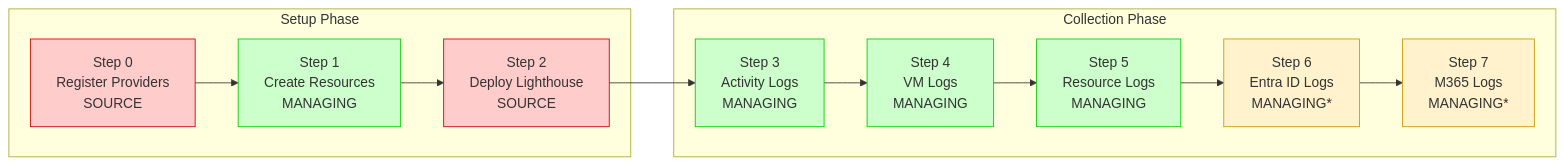
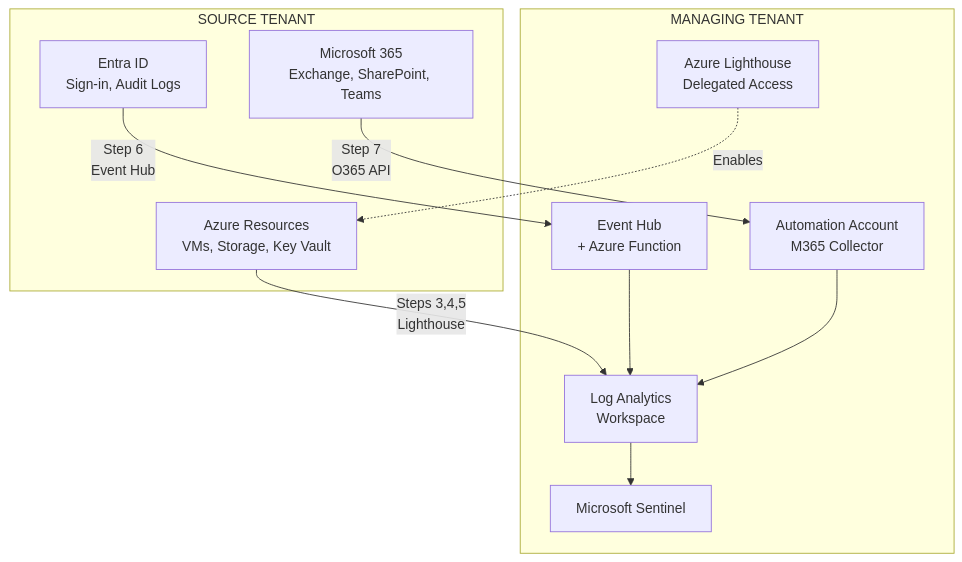
One commit to H3D-AstroA1/azure-cross-tenant-log-collection-guide changed the diagram in architecture-diagram.md. Above: the diagram before and after it, drawn with Mermaid. The commit also changed other lines of this file, not shown here.

Commit message:
Update architecture diagram with ASCII art for universal compatibility

````diff
--- a/architecture-diagram.md
+++ b/architecture-diagram.md
@@ -194,26 +258,24 @@
 ```mermaid
-flowchart LR
-    subgraph Setup["Setup Phase"]
-        S0["Step 0<br/>Register Providers<br/>SOURCE"]
-        S1["Step 1<br/>Create Resources<br/>MANAGING"]
-        S2["Step 2<br/>Deploy Lighthouse<br/>SOURCE"]
+flowchart TB
+    subgraph SOURCE["SOURCE TENANT"]
+        AzRes["Azure Resources<br/>VMs, Storage, Key Vault"]
+        EntraID["Entra ID<br/>Sign-in, Audit Logs"]
+        M365["Microsoft 365<br/>Exchange, SharePoint, Teams"]
     end
     
-    subgraph Collection["Collection Phase"]
-        S3["Step 3<br/>Activity Logs<br/>MANAGING"]
-        S4["Step 4<br/>VM Logs<br/>MANAGING"]
-        S5["Step 5<br/>Resource Logs<br/>MANAGING"]
-        S6["Step 6<br/>Entra ID Logs<br/>MANAGING*"]
-        S7["Step 7<br/>M365 Logs<br/>MANAGING*"]
+    subgraph MANAGING["MANAGING TENANT"]
+        LH["Azure Lighthouse<br/>Delegated Access"]
+        EH["Event Hub<br/>+ Azure Function"]
+        Auto["Automation Account<br/>M365 Collector"]
+        LAW["Log Analytics<br/>Workspace"]
+        Sentinel["Microsoft Sentinel"]
     end
     
-    S0 --> S1 --> S2 --> S3 --> S4 --> S5 --> S6 --> S7
-    
-    classDef source fill:#ffcccc,stroke:#cc0000
-    classDef managing fill:#ccffcc,stroke:#00cc00
-    classDef both fill:#fff2cc,stroke:#cc9900
-    
-    class S0,S2 source
-    class S1,S3,S4,S5 managing
-    class S6,S7 both
+    AzRes -->|"Steps 3,4,5<br/>Lighthouse"| LAW
+    EntraID -->|"Step 6<br/>Event Hub"| EH
+    EH --> LAW
+    M365 -->|"Step 7<br/>O365 API"| Auto
+    Auto --> LAW
+    LAW --> Sentinel
+    LH -.->|"Enables"| AzRes
 ```
````
